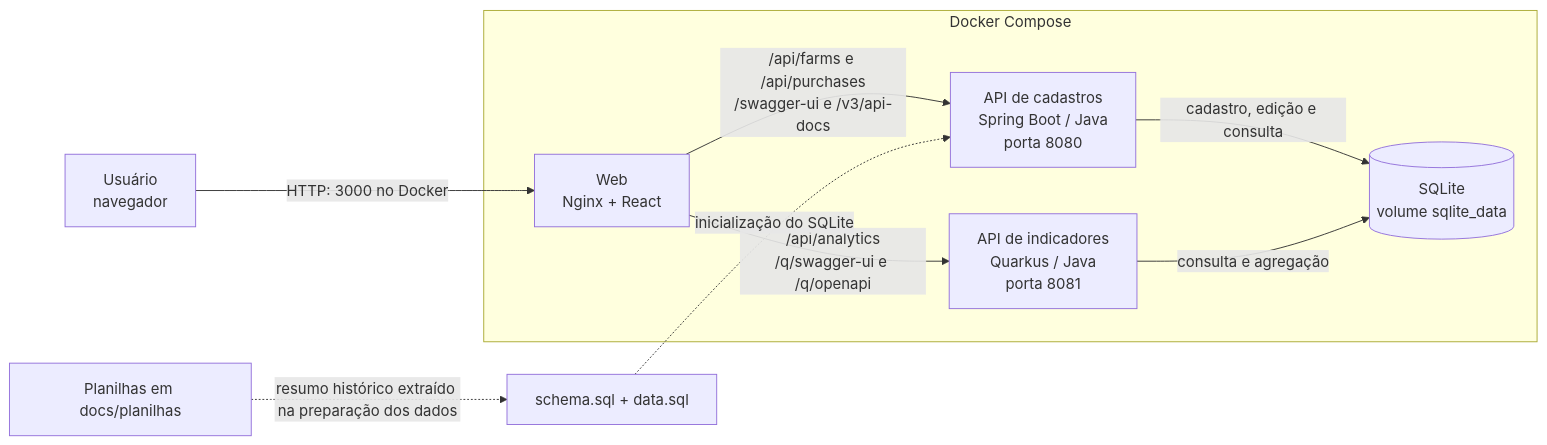
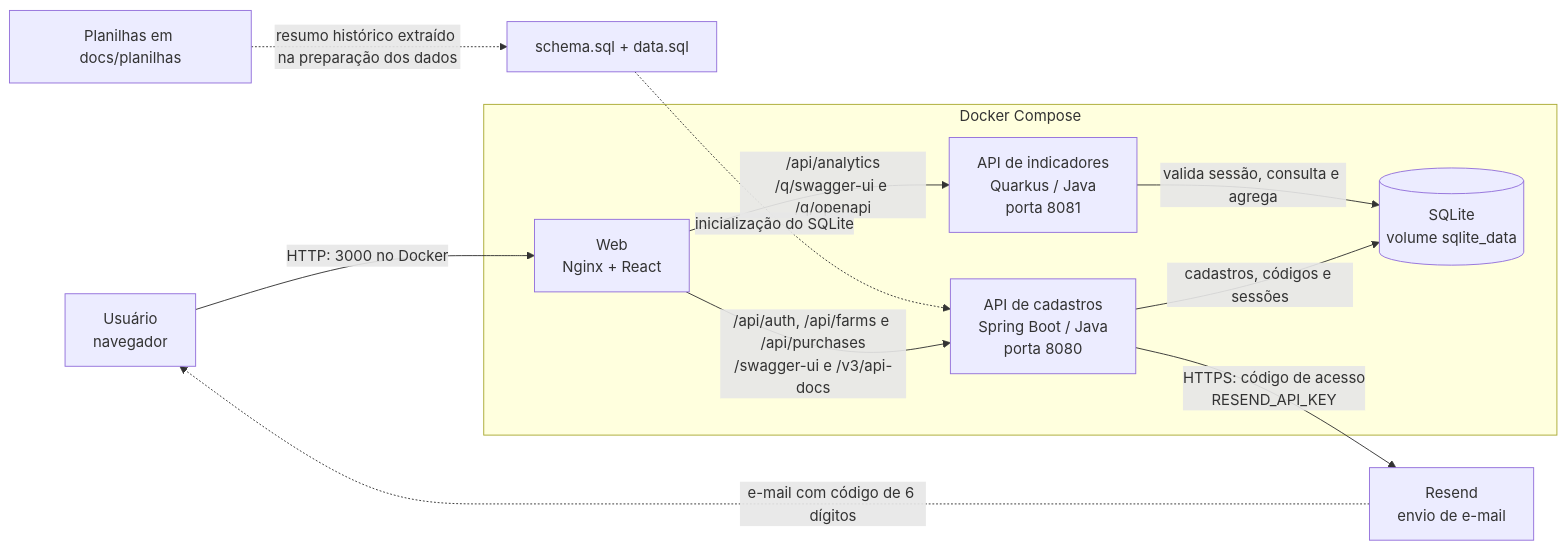
Before and after one commit to silvagiuliano/intergado: the first of 2 diagrams in docs/DIAGRAMAS_ARQUITETURA_SEQUENCIA.md, drawn with Mermaid. The commit also changed other lines of this file and 17 other files, not shown here.

````diff
--- a/docs/DIAGRAMAS_ARQUITETURA_SEQUENCIA.md
+++ b/docs/DIAGRAMAS_ARQUITETURA_SEQUENCIA.md
@@ -9,19 +9,22 @@
 ```mermaid
 flowchart LR
     U["Usuário<br/>navegador"] -->|HTTP: 3000 no Docker| W
 
     subgraph Compose["Docker Compose"]
         W["Web<br/>Nginx + React"]
         P["API de cadastros<br/>Spring Boot / Java<br/>porta 8080"]
         A["API de indicadores<br/>Quarkus / Java<br/>porta 8081"]
         DB[("SQLite<br/>volume sqlite_data")]
 
-        W -->|"/api/farms e /api/purchases<br/>/swagger-ui e /v3/api-docs"| P
+        W -->|"/api/auth, /api/farms e /api/purchases<br/>/swagger-ui e /v3/api-docs"| P
         W -->|"/api/analytics<br/>/q/swagger-ui e /q/openapi"| A
-        P -->|"cadastro, edição e consulta"| DB
-        A -->|"consulta e agregação"| DB
+        P -->|"cadastros, códigos e sessões"| DB
+        A -->|"valida sessão, consulta e agrega"| DB
     end
+
+    P -->|"HTTPS: código de acesso<br/>RESEND_API_KEY"| R["Resend<br/>envio de e-mail"]
+    R -.->|"e-mail com código de 6 dígitos"| U
 
     XLSX["Planilhas em docs/planilhas"] -.->|"resumo histórico extraído na preparação dos dados"| SEED["schema.sql + data.sql"]
     SEED -.->|"inicialização do SQLite"| P
 ```
````
